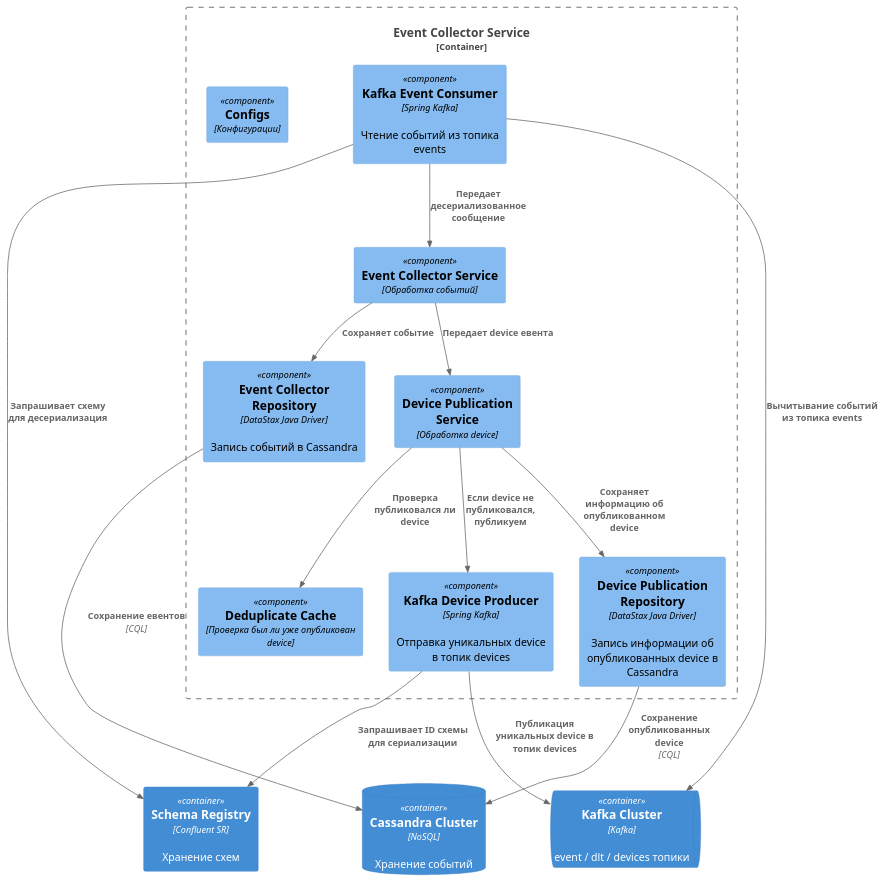
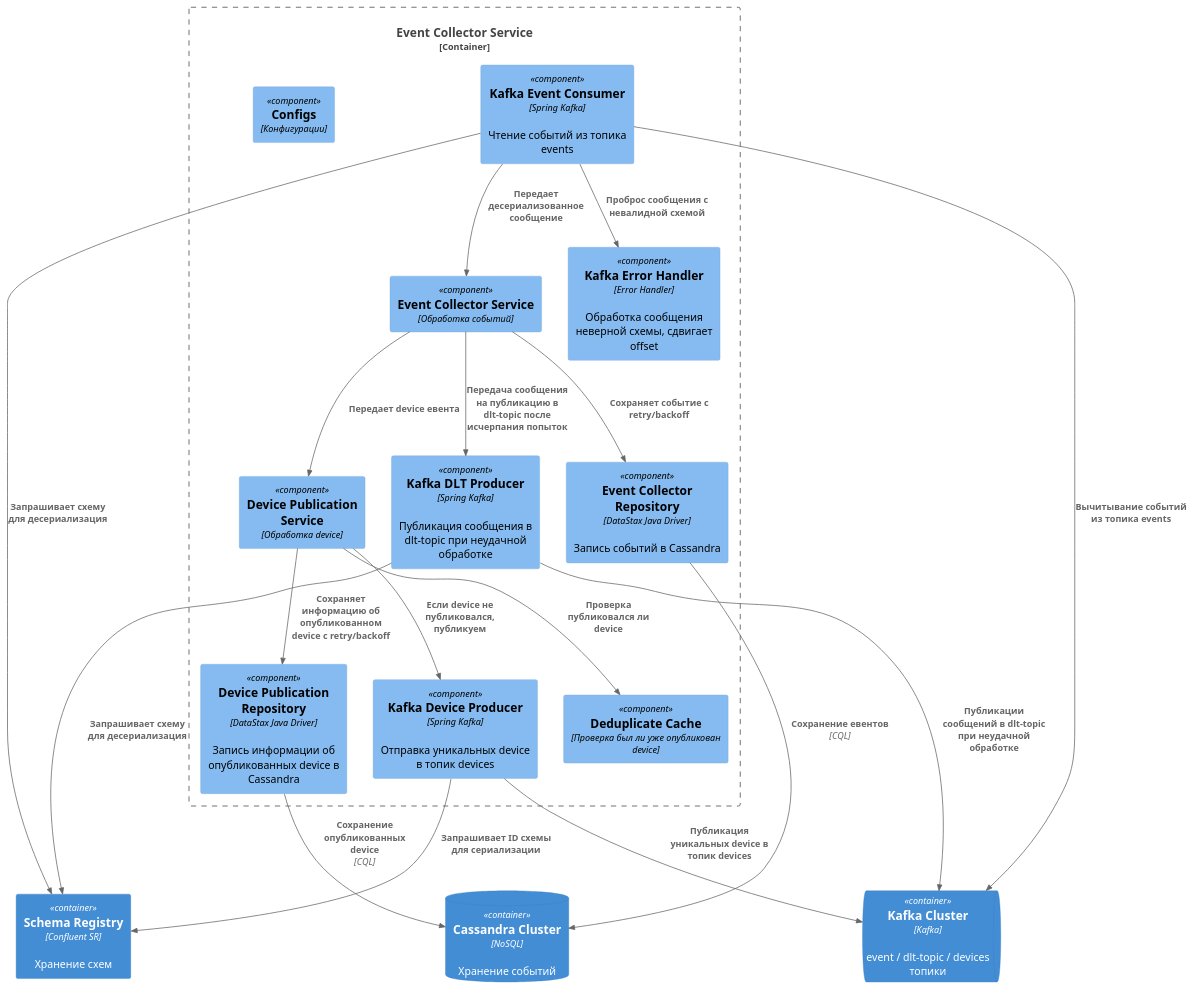
The diagram in event-collector/diagrams/component.puml (SinglePlayer56/iot), drawn with PlantUML before and after one commit. The commit also changed 8 other files, not shown here.

Commit message:
Add failed-events-processor diagrams. Update event-collector diagrams. Update device-collector digrams.

```diff
--- a/event-collector/diagrams/component.puml
+++ b/event-collector/diagrams/component.puml
@@ -1,33 +1,39 @@
 @startuml
 !includeurl https://raw.githubusercontent.com/plantuml-stdlib/C4-PlantUML/master/C4_Component.puml
 
 Container_Boundary(event_collector_service, "Event Collector Service") {
     Component(event_service, "Event Collector Service", "Обработка событий")
     Component(event_repo, "Event Collector Repository", "DataStax Java Driver", "Запись событий в Cassandra")
     Component(dedup_cache, "Deduplicate Cache", "Проверка был ли уже опубликован device")
     Component(kafka_event_consumer, "Kafka Event Consumer", "Spring Kafka", "Чтение событий из топика events")
-    Component(kafka_device_id_producer, "Kafka Device Producer", "Spring Kafka", "Отправка уникальных device в топик devices")
+    Component(kafka_device_producer, "Kafka Device Producer", "Spring Kafka", "Отправка уникальных device в топик devices")
+    Component(kafka_dlt_producer, "Kafka DLT Producer", "Spring Kafka", "Публикация сообщения в dlt-topic при неудачной обработке")
     Component(device_publication_service, "Device Publication Service", "Обработка device")
-    Component(device_id_publication_repo, "Device Publication Repository", "DataStax Java Driver", "Запись информации об опубликованных device в Cassandra")
+    Component(kafka_error_handler, "Kafka Error Handler", "Error Handler", "Обработка сообщения неверной схемы, сдвигает offset")
+    Component(device_publication_repo, "Device Publication Repository", "DataStax Java Driver", "Запись информации об опубликованных device в Cassandra")
     Component(configs, "Configs", "Конфигурации")
 
     Rel(kafka_event_consumer, event_service, "Передает десериализованное сообщение")
-    Rel(event_service, event_repo, "Сохраняет событие")
+    Rel(event_service, event_repo, "Сохраняет событие с retry/backoff")
+    Rel(event_service, kafka_dlt_producer, "Передача сообщения на публикацию в dlt-topic после исчерпания попыток")
     Rel(event_service, device_publication_service, "Передает device евента")
+    Rel(device_publication_service, device_publication_repo, "Сохраняет информацию об опубликованном device с retry/backoff")
     Rel(device_publication_service, dedup_cache, "Проверка публиковался ли device")
-    Rel(device_publication_service, device_id_publication_repo, "Сохраняет информацию об опубликованном device")
-    Rel(device_publication_service, kafka_device_id_producer, "Если device не публиковался, публикуем")
+    Rel(device_publication_service, kafka_device_producer, "Если device не публиковался, публикуем")
+    Rel(kafka_event_consumer, kafka_error_handler, "Проброс сообщения с невалидной схемой")
 }
 
 ContainerDb(cassandra, "Cassandra Cluster", "NoSQL", "Хранение событий")
-ContainerQueue(kafka, "Kafka Cluster", "Kafka", "event / dlt / devices топики")
+ContainerQueue(kafka, "Kafka Cluster", "Kafka", "event / dlt-topic / devices топики")
 Container(schema_registry, "Schema Registry", "Confluent SR", "Хранение схем")
 
 Rel(event_repo, cassandra, "Сохранение евентов", "CQL")
-Rel(device_id_publication_repo, cassandra, "Сохранение опубликованных device", "CQL")
+Rel(device_publication_repo, cassandra, "Сохранение опубликованных device", "CQL")
 Rel(kafka_event_consumer, schema_registry, "Запрашивает схему для десериализация")
-Rel(kafka_device_id_producer, schema_registry, "Запрашивает ID схемы для сериализации")
+Rel(kafka_device_producer, schema_registry, "Запрашивает ID схемы для сериализации")
 Rel(kafka_event_consumer, kafka, "Вычитывание событий из топика events")
-Rel(kafka_device_id_producer, kafka, "Публикация уникальных device в топик devices")
+Rel(kafka_device_producer, kafka, "Публикация уникальных device в топик devices")
+Rel(kafka_dlt_producer, kafka, "Публикации сообщений в dlt-topic при неудачной обработке")
+Rel(kafka_dlt_producer, schema_registry, "Запрашивает схему для десериализация")
 
 @enduml
```
